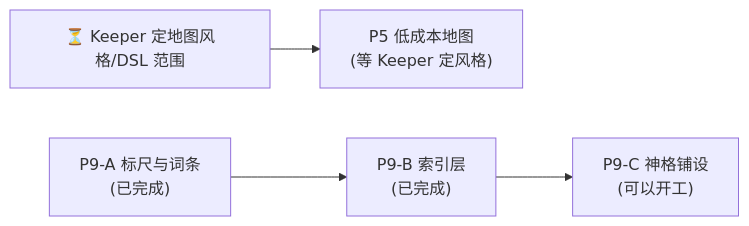
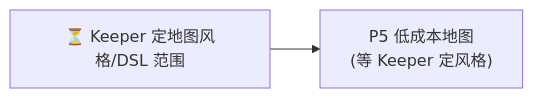
The diagram in update_plan/README.md (Mzihong/coc-keeper-kit), drawn with Mermaid before and after one commit. The commit also changed other lines of this file and 25 other files, not shown here.

````diff
--- a/update_plan/README.md
+++ b/update_plan/README.md
@@ -25,11 +24,7 @@
 ```mermaid
 graph LR
     P5["P5 低成本地图<br/>(等 Keeper 定风格)"]
-    P9A["P9-A 标尺与词条<br/>(已完成)"]
-    P9B["P9-B 索引层<br/>(已完成)"]
-    P9C["P9-C 神格铺设<br/>(可以开工)"]
     KeeperMap["⏳ Keeper 定地图风格/DSL 范围"]
 
     KeeperMap --> P5
-    P9A --> P9B --> P9C
 ```
````
